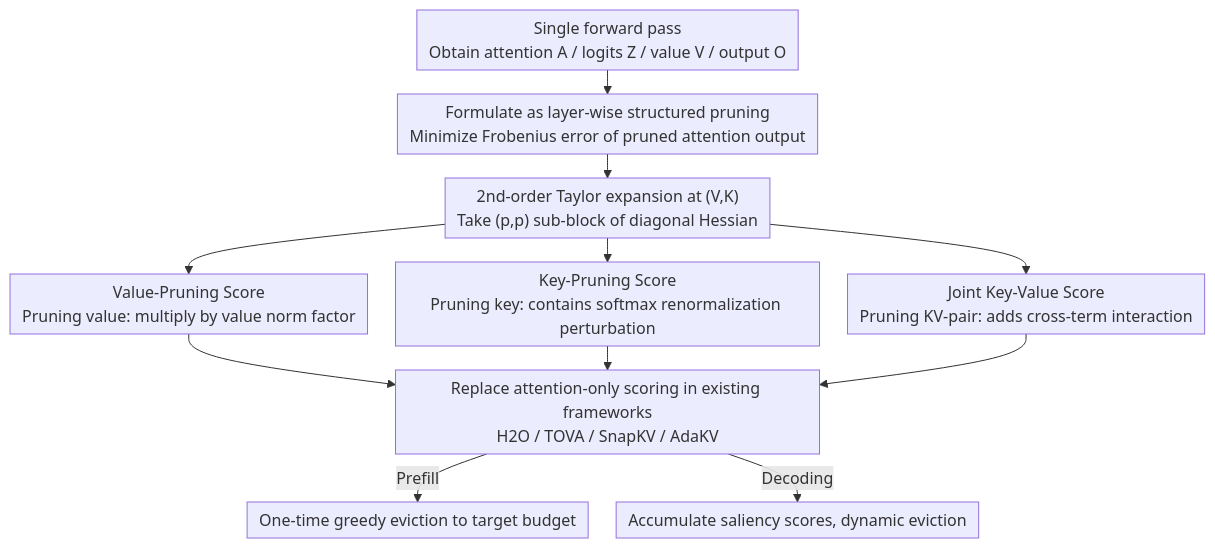
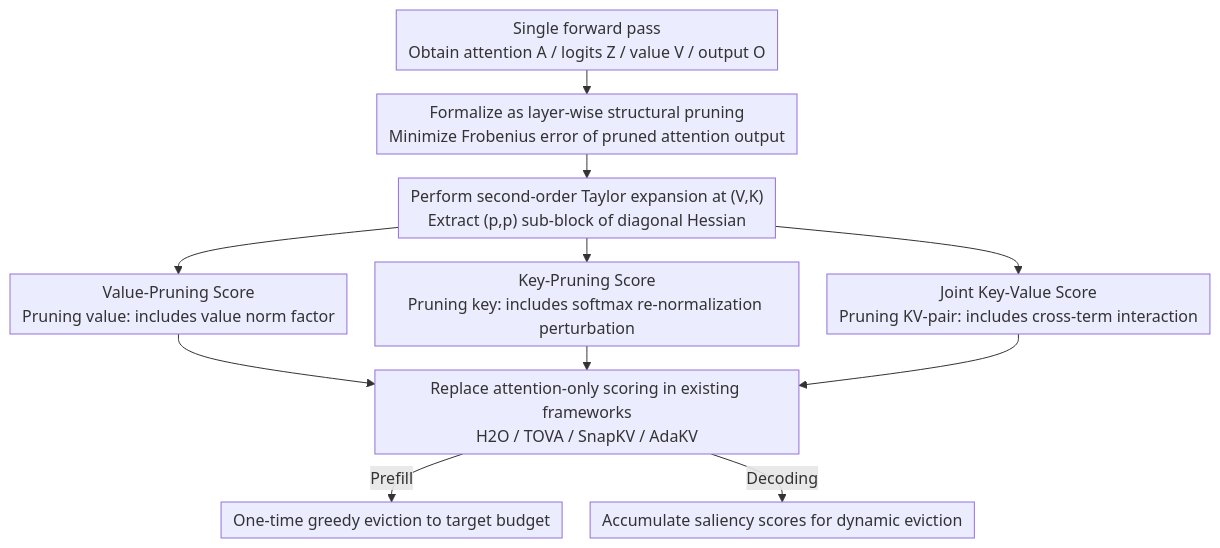
The diagram in docs/ICML2026/llm_efficiency/obcache_optimal_brain_kv_cache_pruning_for_efficient_long-context_llm_inference.md (zhaoyang97/Paper-Notes-en), drawn with Mermaid before and after one commit. The commit also changed other lines of this file and 5084 other files, not shown here.

````diff
--- a/docs/ICML2026/llm_efficiency/obcache_optimal_brain_kv_cache_pruning_for_efficient_long-context_llm_inference.md
+++ b/docs/ICML2026/llm_efficiency/obcache_optimal_brain_kv_cache_pruning_for_efficient_long-context_llm_inference.md
@@ -45,14 +45,14 @@
 ```mermaid
 %%{init: {'flowchart': {'rankSpacing': 24, 'nodeSpacing': 28, 'padding': 6, 'wrappingWidth': 400}}}%%
 flowchart TD
-    A["Single forward pass<br/>Obtain attention A / logits Z / value V / output O"] --> B["Formulate as layer-wise structured pruning<br/>Minimize Frobenius error of pruned attention output"]
-    B --> C["2nd-order Taylor expansion at (V,K)<br/>Take (p,p) sub-block of diagonal Hessian"]
-    C --> D["Value-Pruning Score<br/>Pruning value: multiply by value norm factor"]
-    C --> E["Key-Pruning Score<br/>Pruning key: contains softmax renormalization perturbation"]
-    C --> F["Joint Key-Value Score<br/>Pruning KV-pair: adds cross-term interaction"]
+    A["Single forward pass<br/>Obtain attention A / logits Z / value V / output O"] --> B["Formalize as layer-wise structural pruning<br/>Minimize Frobenius error of pruned attention output"]
+    B --> C["Perform second-order Taylor expansion at (V,K)<br/>Extract (p,p) sub-block of diagonal Hessian"]
+    C --> D["Value-Pruning Score<br/>Pruning value: includes value norm factor"]
+    C --> E["Key-Pruning Score<br/>Pruning key: includes softmax re-normalization perturbation"]
+    C --> F["Joint Key-Value Score<br/>Pruning KV-pair: includes cross-term interaction"]
     D --> G["Replace attention-only scoring in existing frameworks<br/>H2O / TOVA / SnapKV / AdaKV"]
     E --> G
     F --> G
     G -->|Prefill| H["One-time greedy eviction to target budget"]
-    G -->|Decoding| I["Accumulate saliency scores, dynamic eviction"]
+    G -->|Decoding| I["Accumulate saliency scores for dynamic eviction"]
 ```
````
